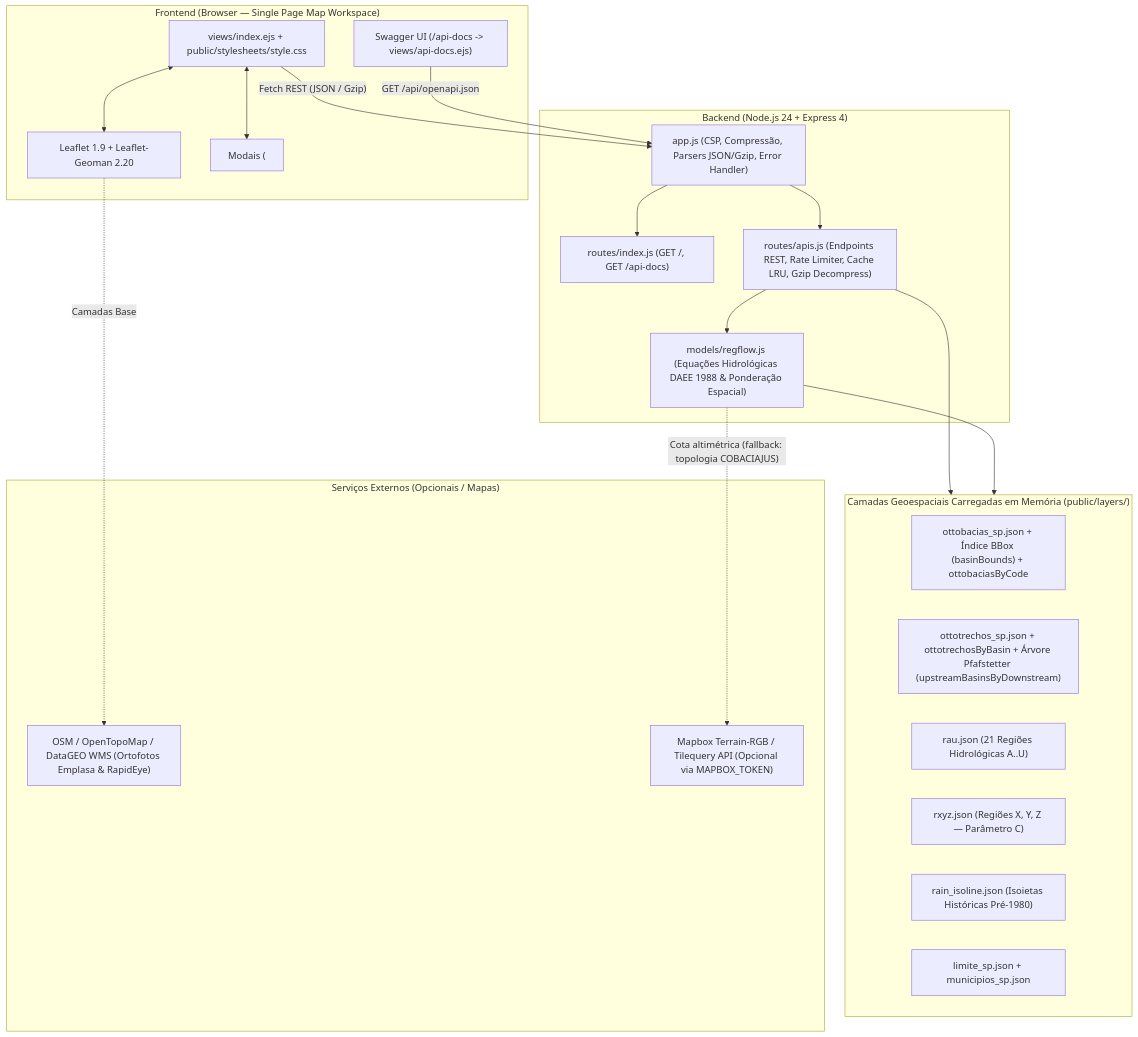
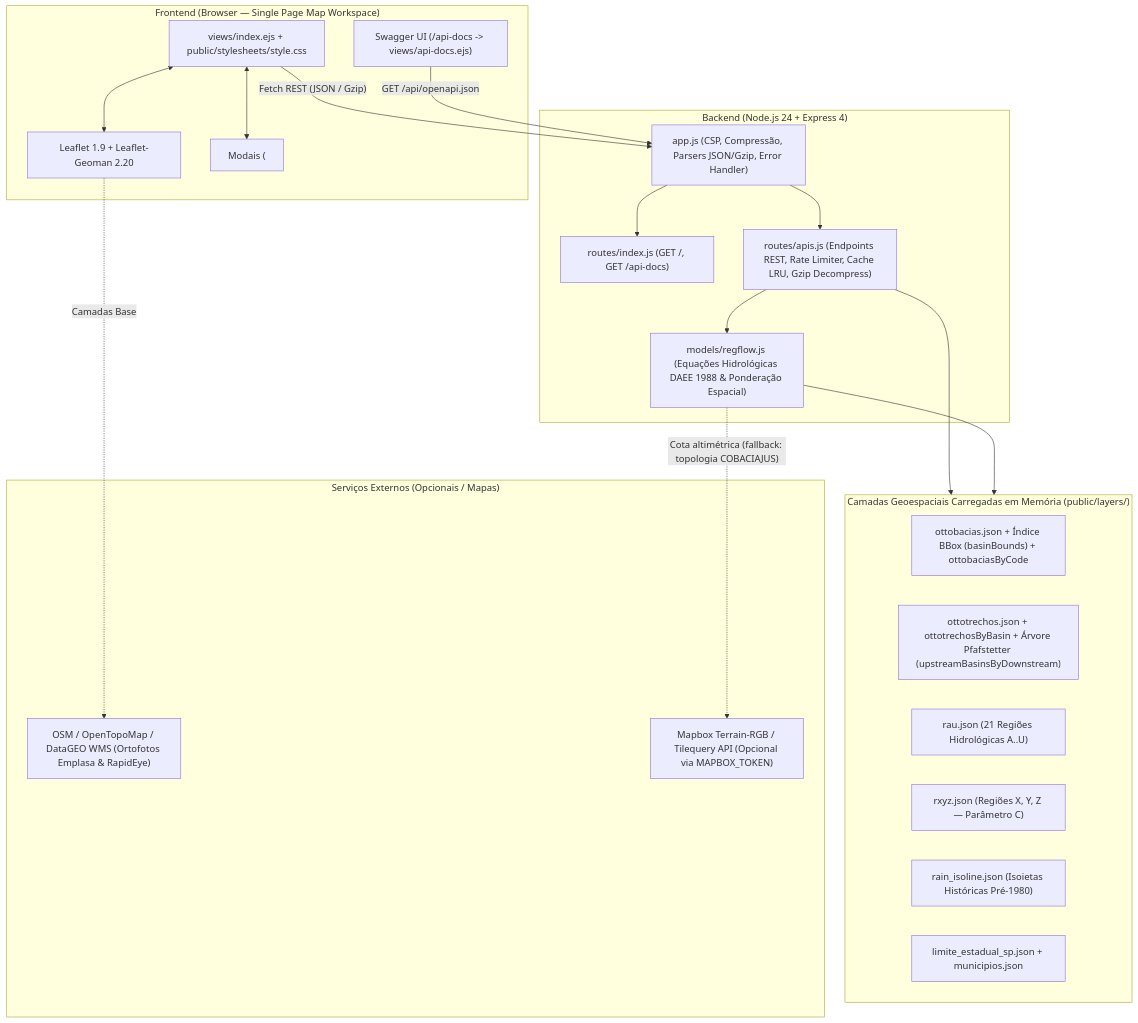
One commit to diegomonteiro/daee-reg-flow changed the first of 2 diagrams in docs/ARCHITECTURE.md. Above: the diagram before and after it, drawn with Mermaid. The commit also changed other lines of this file and 31 other files, not shown here.

````diff
--- a/docs/ARCHITECTURE.md
+++ b/docs/ARCHITECTURE.md
@@ -11,42 +11,42 @@
 ```mermaid
 flowchart TB
     subgraph Client["Frontend (Browser — Single Page Map Workspace)"]
         UI["views/index.ejs + public/stylesheets/style.css"]
         Leaflet["Leaflet 1.9 + Leaflet-Geoman 2.20"]
         Modals["Modais (<dialog>): Simulação de Isoietas & Regularização de Vazão"]
         SwaggerUI["Swagger UI (/api-docs -> views/api-docs.ejs)"]
     end
 
     subgraph Server["Backend (Node.js 24 + Express 4)"]
         App["app.js (CSP, Compressão, Parsers JSON/Gzip, Error Handler)"]
         IndexRoute["routes/index.js (GET /, GET /api-docs)"]
         ApiRoute["routes/apis.js (Endpoints REST, Rate Limiter, Cache LRU, Gzip Decompress)"]
         RegflowModel["models/regflow.js (Equações Hidrológicas DAEE 1988 & Ponderação Espacial)"]
     end
 
     subgraph SpatialStore["Camadas Geoespaciais Carregadas em Memória (public/layers/)"]
-        Ottobacias["ottobacias_sp.json + Índice BBox (basinBounds) + ottobaciasByCode"]
-        Ottotrechos["ottotrechos_sp.json + ottotrechosByBasin + Árvore Pfafstetter (upstreamBasinsByDownstream)"]
+        Ottobacias["ottobacias.json + Índice BBox (basinBounds) + ottobaciasByCode"]
+        Ottotrechos["ottotrechos.json + ottotrechosByBasin + Árvore Pfafstetter (upstreamBasinsByDownstream)"]
         RAU["rau.json (21 Regiões Hidrológicas A..U)"]
         RXYZ["rxyz.json (Regiões X, Y, Z — Parâmetro C)"]
         Isoietas["rain_isoline.json (Isoietas Históricas Pré-1980)"]
-        LimiteSP["limite_sp.json + municipios_sp.json"]
+        LimiteSP["limite_estadual_sp.json + municipios.json"]
     end
 
     subgraph External["Serviços Externos (Opcionais / Mapas)"]
         Tiles["OSM / OpenTopoMap / DataGEO WMS (Ortofotos Emplasa & RapidEye)"]
         Mapbox["Mapbox Terrain-RGB / Tilequery API (Opcional via MAPBOX_TOKEN)"]
     end
 
     UI <--> Leaflet
     UI <--> Modals
     UI -- "Fetch REST (JSON / Gzip)" --> App
     SwaggerUI -- "GET /api/openapi.json" --> App
     App --> IndexRoute
     App --> ApiRoute
     ApiRoute --> RegflowModel
     ApiRoute --> SpatialStore
     RegflowModel --> SpatialStore
     RegflowModel -. "Cota altimétrica (fallback: topologia COBACIAJUS)" .-> Mapbox
     Leaflet -. "Camadas Base" .-> Tiles
 ```
````
